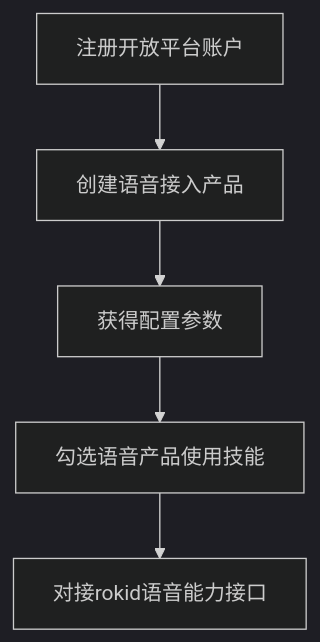
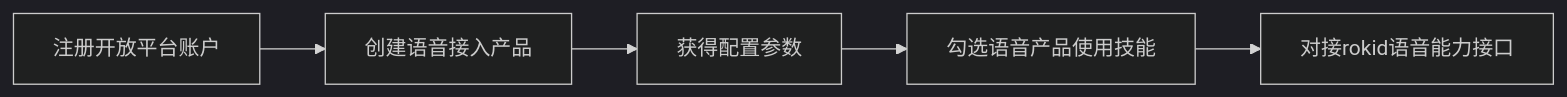
Before and after one commit to rokid/docs: the diagram in 5-enableVoice/rokid-vsvy-sdk-docs/rookie-guide/rokidspeech.md, drawn with Mermaid (dark theme).

Commit message:
语音接入文档修改V2.0-图片失真，修改为流程图

````diff
--- a/5-enableVoice/rokid-vsvy-sdk-docs/rookie-guide/rokidspeech.md
+++ b/5-enableVoice/rokid-vsvy-sdk-docs/rookie-guide/rokidspeech.md
@@ -5,15 +5,13 @@
 ```mermaid
-graph TD
-
+graph LR;
   A[注册开放平台账户]
   B[创建语音接入产品]
   C[获得配置参数]
   D[勾选语音产品使用技能]
   E[对接rokid语音能力接口]
 
-  A --> B
-  B --> C
-  C --> D
-  D --> E
-
+  A --> B;
+  B --> C;
+  C --> D;
+  D --> E;
 ```
````
